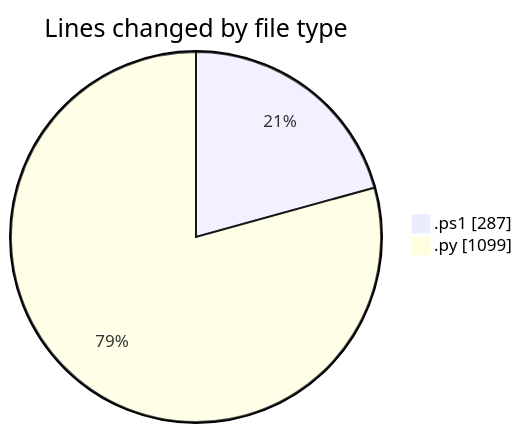
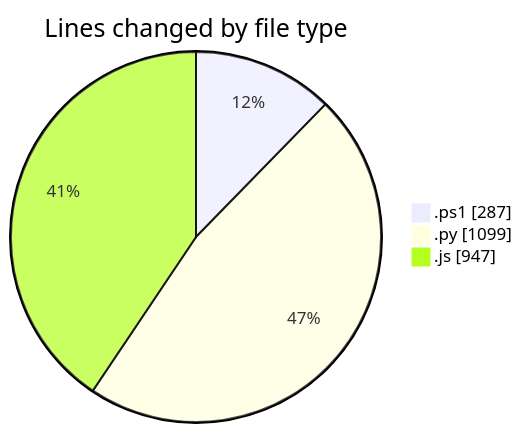
One commit to shibass792/code-tracking changed the first of 2 diagrams in 2026-07-14/shibass-ai/README.md. Above: the diagram before and after it, drawn with Mermaid. The commit also changed other lines of this file and 1 other file, not shown here.

````diff
--- a/2026-07-14/shibass-ai/README.md
+++ b/2026-07-14/shibass-ai/README.md
@@ -23,6 +25,7 @@
 ```mermaid
 pie showData
 title Lines changed by file type
 ".ps1" : 287
 ".py" : 1099
+".js" : 947
 ```
````
